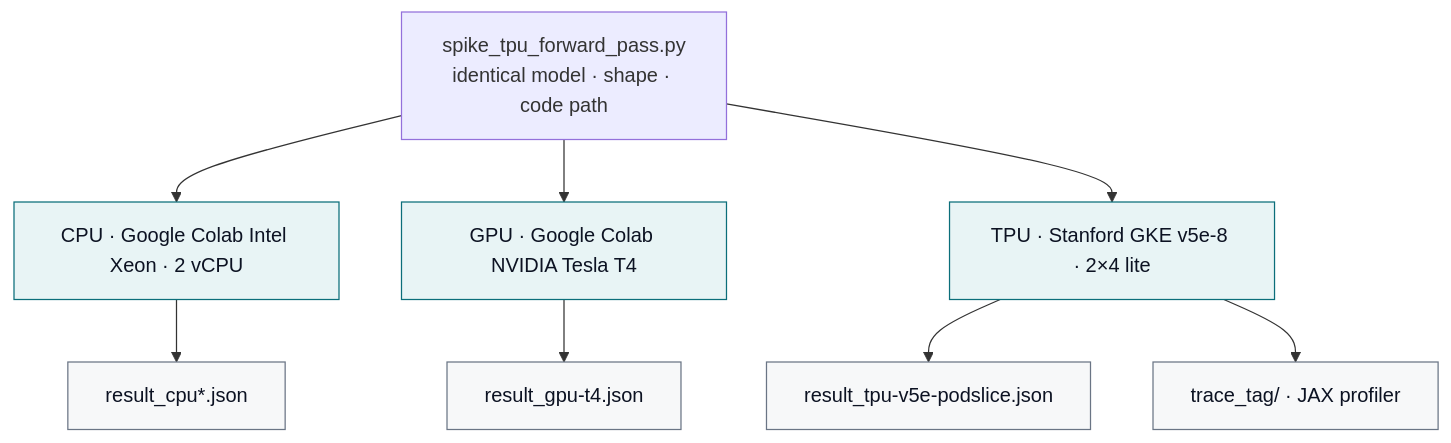
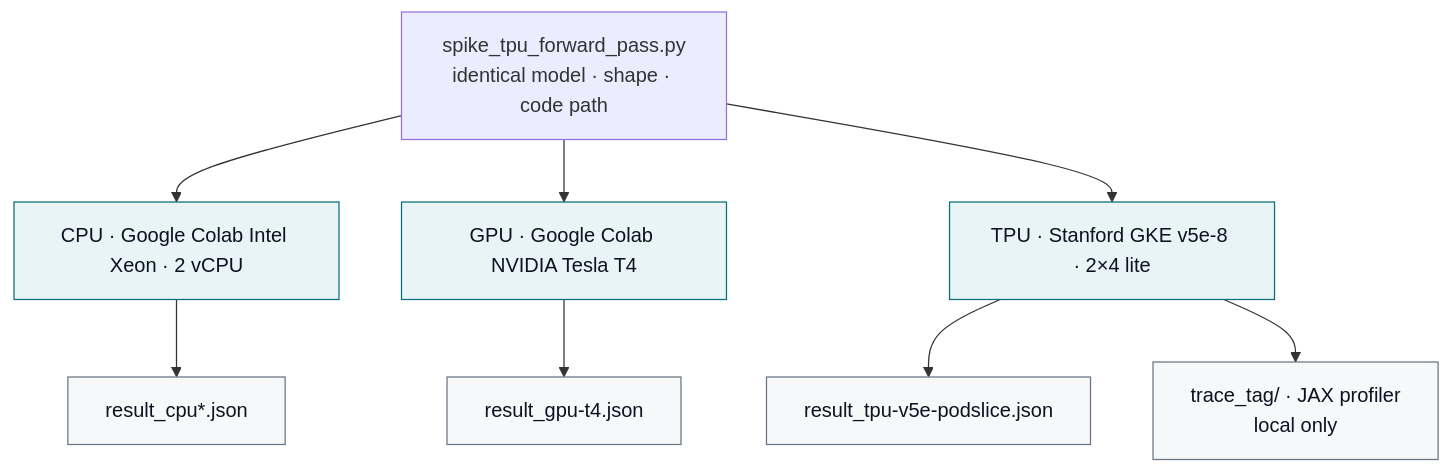
Before and after one commit to lorenzopazienza/alphafold-tpu-benchmark: the second of 2 diagrams in README.md, drawn with Mermaid. The commit also changed other lines of this file and 5 other files, not shown here.

````diff
--- a/README.md
+++ b/README.md
@@ -151,18 +151,18 @@
 ```mermaid
 flowchart TB
   A["spike_tpu_forward_pass.py<br/>identical model · shape · code path"]
 
   A --> B["CPU · Google Colab Intel Xeon · 2 vCPU"]
   A --> C["GPU · Google Colab NVIDIA Tesla T4"]
   A --> D["TPU · Stanford GKE v5e-8 · 2×4 lite"]
 
   B --> E["result_cpu*.json"]
   C --> F["result_gpu-t4.json"]
   D --> G["result_tpu-v5e-podslice.json"]
-  D --> H["trace_tag/ · JAX profiler"]
+  D --> H["trace_tag/ · JAX profiler<br/>local only"]
 
   classDef backend fill:#e8f4f5,stroke:#0b6e7a,color:#0c1222
   classDef out fill:#f7f8f9,stroke:#6a7585,color:#0c1222
   class B,C,D backend
   class E,F,G,H out
 ```
````
